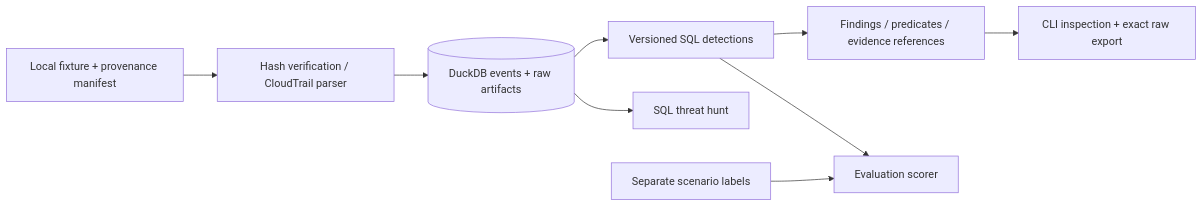
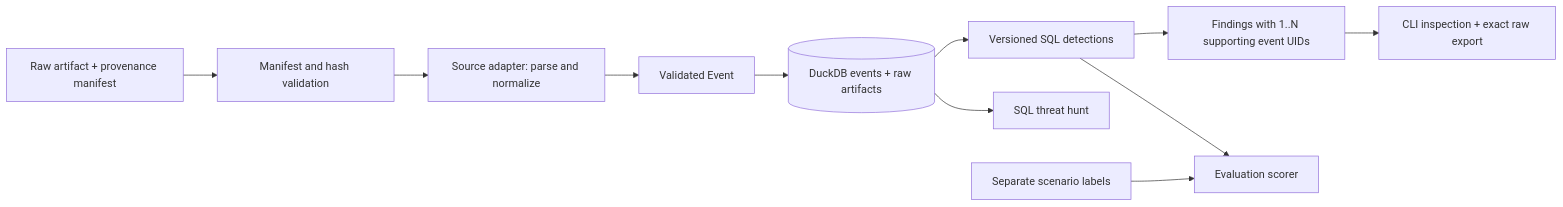
One commit to aryanval/eye-in-the-sky changed the diagram in ARCHITECTURE.md. Above: the diagram before and after it, drawn with Mermaid. The commit also changed other lines of this file and 30 other files, not shown here.

Commit message:
Generalize source adapters and finding evidence with AWS regression coverage

````diff
--- a/ARCHITECTURE.md
+++ b/ARCHITECTURE.md
@@ -6,11 +8,13 @@
 ```mermaid
 flowchart LR
-    A[Local fixture + provenance manifest] --> B[Hash verification / CloudTrail parser]
-    B --> C[(DuckDB events + raw artifacts)]
+    A[Raw artifact + provenance manifest] --> B[Manifest and hash validation]
+    B --> P[Source adapter: parse and normalize]
+    P --> N[Validated Event]
+    N --> C[(DuckDB events + raw artifacts)]
     C --> D[Versioned SQL detections]
     C --> E[SQL threat hunt]
-    D --> F[Findings / predicates / evidence references]
+    D --> F[Findings with 1..N supporting event UIDs]
     F --> G[CLI inspection + exact raw export]
     H[Separate scenario labels] --> I[Evaluation scorer]
     D --> I
 ```
````
